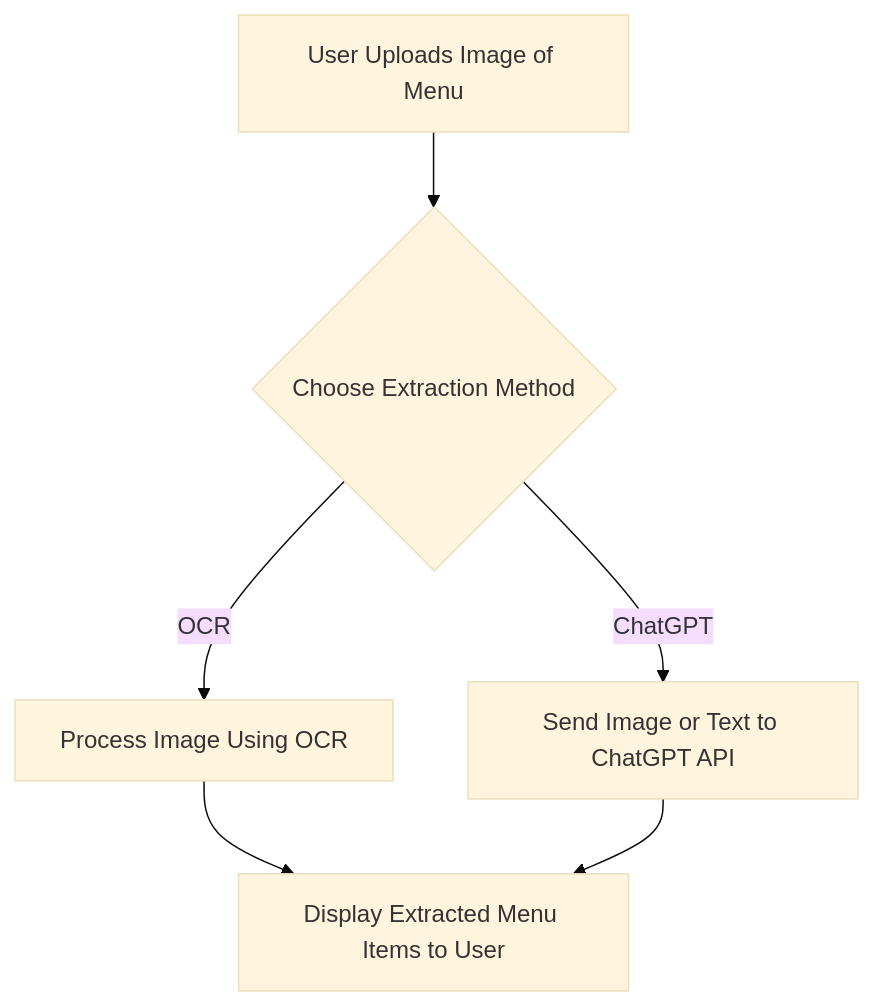
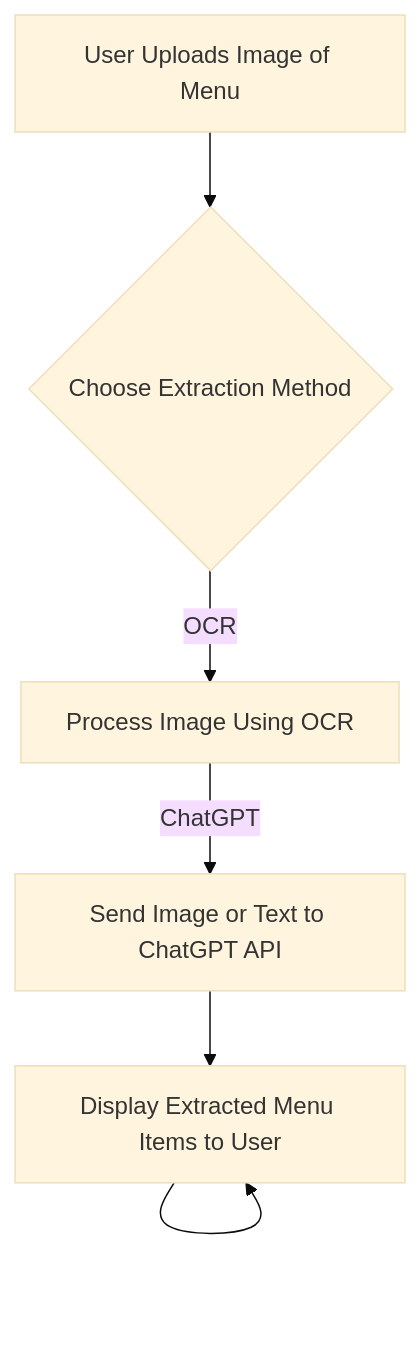
One commit to lakefront-solutions/mosaic-business-demo changed the diagram in README.md. Above: the diagram before and after it, drawn with Mermaid (base theme).

````diff
--- a/README.md
+++ b/README.md
@@ -87,8 +87,8 @@
 ```mermaid
 graph TD
     A[User Uploads Image of Menu] --> B{Choose Extraction Method}
     B -->|OCR| C[Process Image Using OCR]
-    B -->|ChatGPT| D[Send Image or Text to ChatGPT API]
-    C --> E[Display Extracted Menu Items to User]
+    C -->|ChatGPT| D[Send Image or Text to ChatGPT API]
     D --> E[Display Extracted Menu Items to User]
+    E --> E[Display Extracted Menu Items to User]
 ```
````
